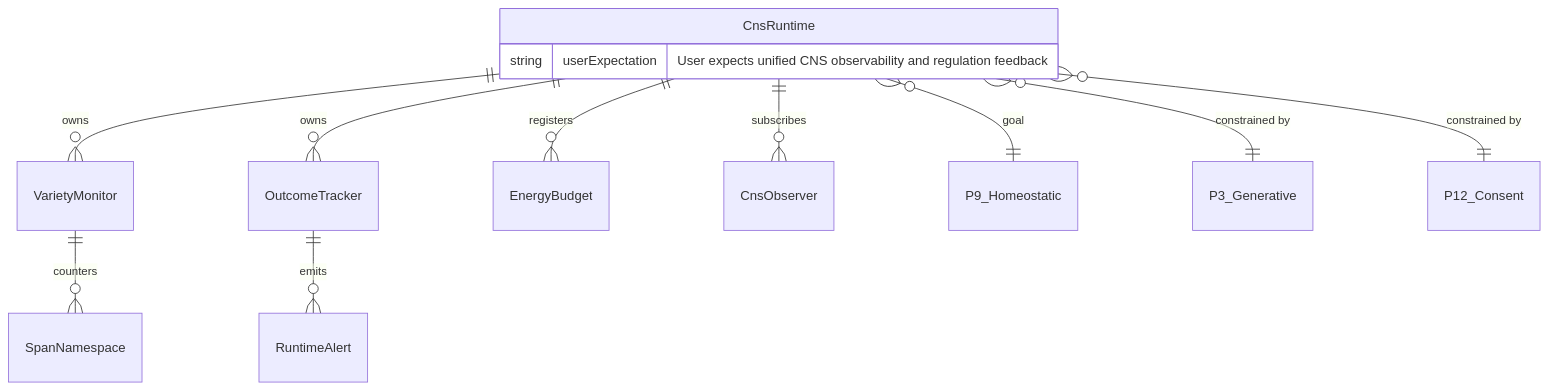
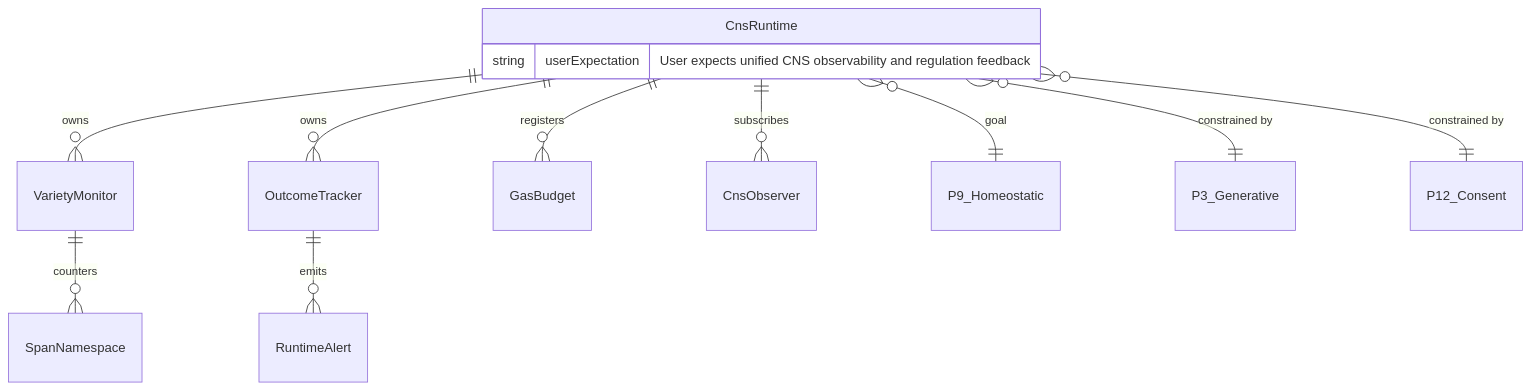
Before and after one commit to mdz-axo/hKask: the fifth of 14 diagrams in docs/architecture/core/FUNCTIONAL_SPECIFICATION.md, drawn with Mermaid. The commit also changed other lines of this file and 21 other files, not shown here.

Commit message:
Rename EnergyBudget to GasBudget across documentation

````diff
--- a/docs/architecture/core/FUNCTIONAL_SPECIFICATION.md
+++ b/docs/architecture/core/FUNCTIONAL_SPECIFICATION.md
@@ -391,15 +391,15 @@
 ```mermaid
 erDiagram
     CnsRuntime ||--o{ VarietyMonitor : "owns"
     CnsRuntime ||--o{ OutcomeTracker : "owns"
-    CnsRuntime ||--o{ EnergyBudget : "registers"
+    CnsRuntime ||--o{ GasBudget : "registers"
     CnsRuntime ||--o{ CnsObserver : "subscribes"
     VarietyMonitor ||--o{ SpanNamespace : "counters"
     OutcomeTracker ||--o{ RuntimeAlert : "emits"
     CnsRuntime }o--|| P9_Homeostatic : "goal"
     CnsRuntime }o--|| P3_Generative : "constrained by"
     CnsRuntime }o--|| P12_Consent : "constrained by"
     CnsRuntime {
         string userExpectation "User expects unified CNS observability and regulation feedback"
     }
 ```
````
